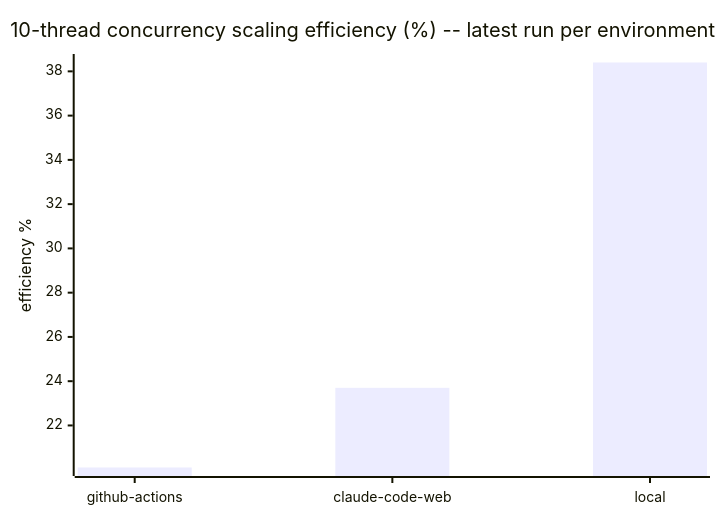
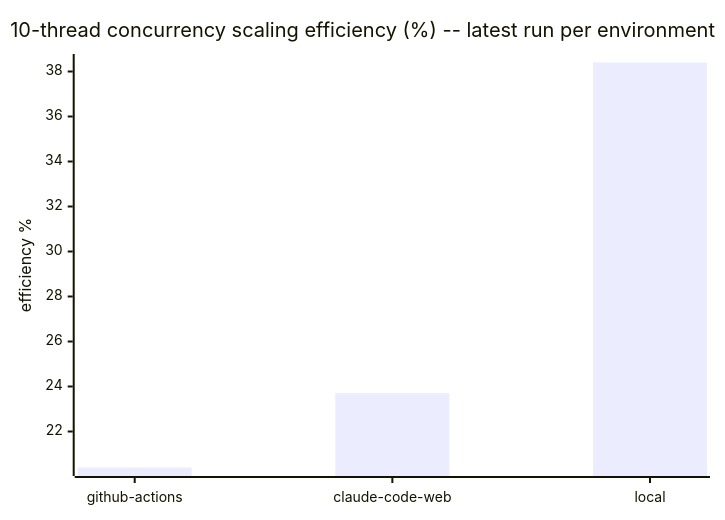
The fifth of 5 diagrams in docs/benchmarks/README.md (cpb/duckling), drawn with Mermaid before and after one commit. The commit also changed other lines of this file and 1 other file, not shown here.

Commit message:
Record github-actions benchmark for PR #50 (post-#64 dispatch schema) [benchmark-record]

````diff
--- a/docs/benchmarks/README.md
+++ b/docs/benchmarks/README.md
@@ -143,7 +143,7 @@
 ```mermaid
 xychart-beta
     title "10-thread concurrency scaling efficiency (%) -- latest run per environment"
     x-axis [github-actions, claude-code-web, local]
     y-axis "efficiency %"
-    bar "efficiency_pct" [20.1, 23.7, 38.4]
+    bar "efficiency_pct" [20.4, 23.7, 38.4]
 ```
````
